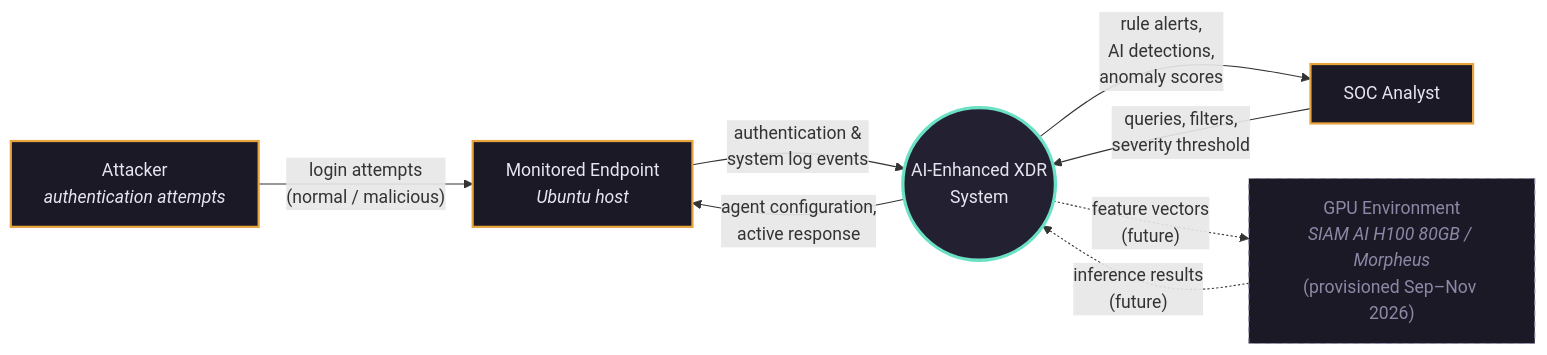
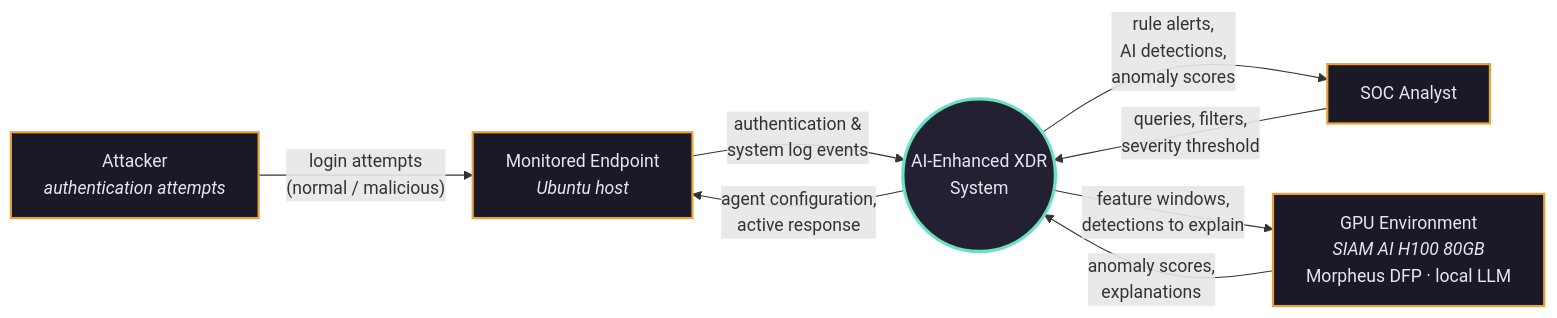
One commit to tecchuuu/ai-enhanced-xdr changed the first of 3 diagrams in docs/sad_diagrams_chapter3.md. Above: the diagram before and after it, drawn with Mermaid. The commit also changed other lines of this file and 10 other files, not shown here.

````diff
--- a/docs/sad_diagrams_chapter3.md
+++ b/docs/sad_diagrams_chapter3.md
@@ -14,26 +14,25 @@
 ```mermaid
 flowchart LR
     EP["Monitored Endpoint<br/><i>Ubuntu host</i>"]
     AT["Attacker<br/><i>authentication attempts</i>"]
     AN["SOC Analyst"]
-    GPU["GPU Environment<br/><i>SIAM AI H100 80GB / Morpheus</i><br/>(provisioned Sep–Nov 2026)"]
+    GPU["GPU Environment<br/><i>SIAM AI H100 80GB</i><br/>Morpheus DFP · local LLM"]
 
     SYS(("AI-Enhanced XDR<br/>System"))
 
     AT -->|"login attempts<br/>(normal / malicious)"| EP
     EP -->|"authentication &<br/>system log events"| SYS
     SYS -->|"agent configuration,<br/>active response"| EP
 
     SYS -->|"rule alerts,<br/>AI detections,<br/>anomaly scores"| AN
     AN -->|"queries, filters,<br/>severity threshold"| SYS
 
-    SYS -.->|"feature vectors<br/>(future)"| GPU
-    GPU -.->|"inference results<br/>(future)"| SYS
+    SYS -->|"feature windows,<br/>detections to explain"| GPU
+    GPU -->|"anomaly scores,<br/>explanations"| SYS
 
     classDef ext fill:#1B1926,stroke:#E8A33D,stroke-width:2px,color:#E8E5F2
     classDef sys fill:#232032,stroke:#6BE1C4,stroke-width:3px,color:#E8E5F2
     classDef fut fill:#1B1926,stroke:#8E88A6,stroke-width:1px,stroke-dasharray:5 5,color:#8E88A6
-    class EP,AT,AN ext
+    class EP,AT,AN,GPU ext
     class SYS sys
-    class GPU fut
 ```
````
